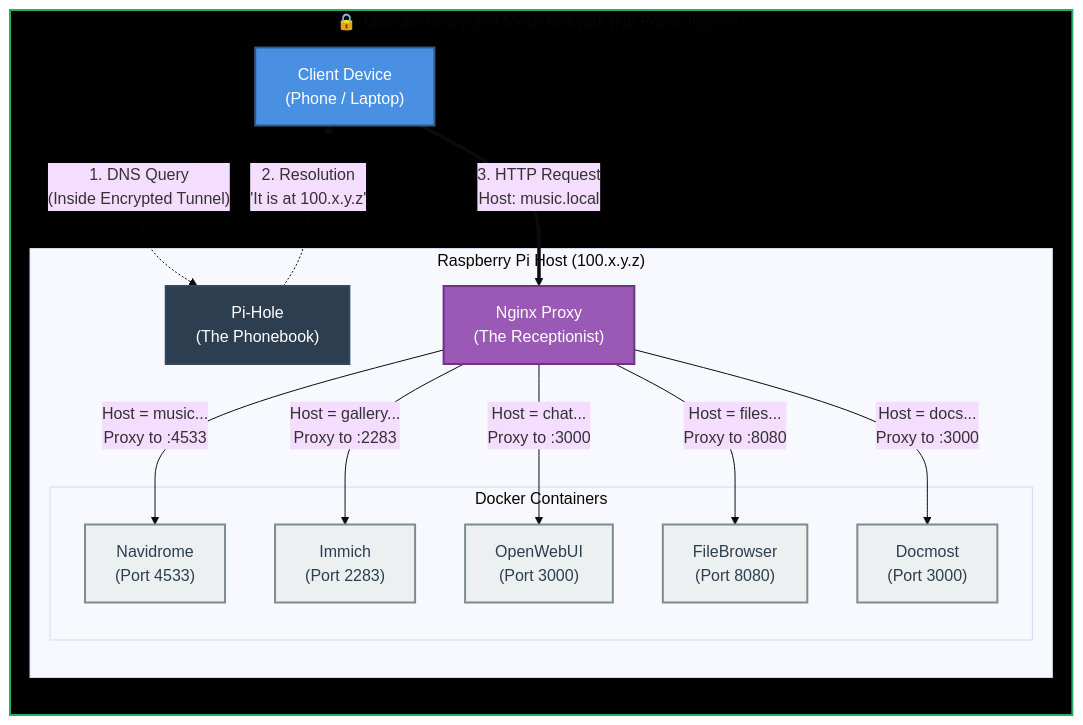
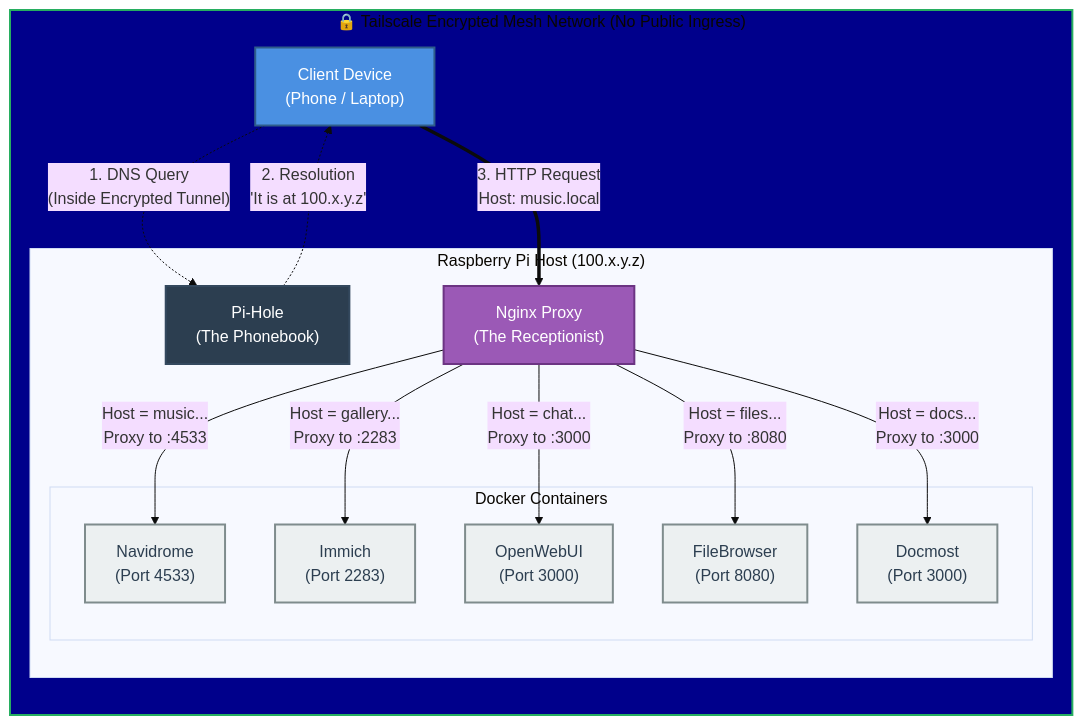
The diagram in README.md (spaceadler/homelab), drawn with Mermaid (base theme) before and after one commit.

````diff
--- a/README.md
+++ b/README.md
@@ -55,50 +55,50 @@
 ```mermaid
 graph TD
      %% STYLING
     classDef client fill:#4A90E2,stroke:#2E5C8A,stroke-width:2px,color:#fff;
     classDef dns fill:#2C3E50,stroke:#34495E,stroke-width:2px,color:#fff;
     classDef proxy fill:#9B59B6,stroke:#6C3483,stroke-width:2px,color:#fff;
     classDef service fill:#ECF0F1,stroke:#7F8C8D,stroke-width:2px,color:#2C3E50;
-    classDef mesh fill:#000000,stroke:#27AE60,stroke-width:2px,stroke-dasharray:
+    classDef mesh fill:#00008B,stroke:#27AE60,stroke-width:2px,stroke-dasharray:
 
     %% --- THE SECURE BOX ---
     subgraph Mesh ["🔒 Tailscale Encrypted Mesh Network (No Public Ingress)"]
         direction TB
         
         %% NODES
         User["Client Device<br/>(Phone / Laptop)"]:::client
         
         subgraph Host [" Raspberry Pi Host (100.x.y.z) "]
             
             PiHole["Pi-Hole<br/>(The Phonebook)"]:::dns
             Nginx["Nginx Proxy<br/>(The Receptionist)"]:::proxy
             
             subgraph Containers [" Docker Containers "]
                 Music["Navidrome<br/>(Port 4533)"]:::service
                 Immich["Immich<br/>(Port 2283)"]:::service
                 AI["OpenWebUI<br/>(Port 3000)"]:::service
                 Files["FileBrowser<br/>(Port 8080)"]:::service
                 Docs["Docmost<br/>(Port 3000)"]:::service
             end
         end
     end
 
     %% LOGIC FLOW
     
     %% Step 1: DNS
     User -.->|"1. DNS Query<br/>(Inside Encrypted Tunnel)"| PiHole
     PiHole -.->|"2. Resolution<br/>'It is at 100.x.y.z'"| User
 
     %% Step 2: Traffic
     User ==>|"3. HTTP Request<br/>Host: music.local"| Nginx
 
     %% Step 3: Routing
     Nginx -->|"Host = music...<br/>Proxy to :4533"| Music
     Nginx -->|"Host = gallery...<br/>Proxy to :2283"| Immich
     Nginx -->|"Host = chat...<br/>Proxy to :3000"| AI
     Nginx -->|"Host = files...<br/>Proxy to :8080"| Files
     Nginx -->|"Host = docs...<br/>Proxy to :3000"| Docs
 
     %% Apply Mesh Style
     class Mesh mesh;
 ```
````
